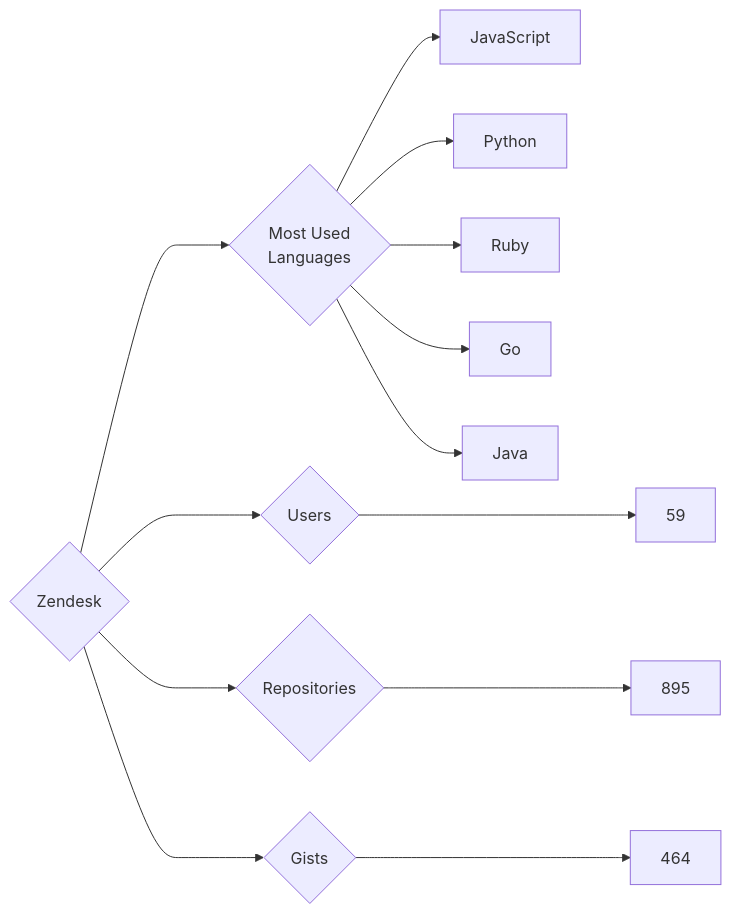
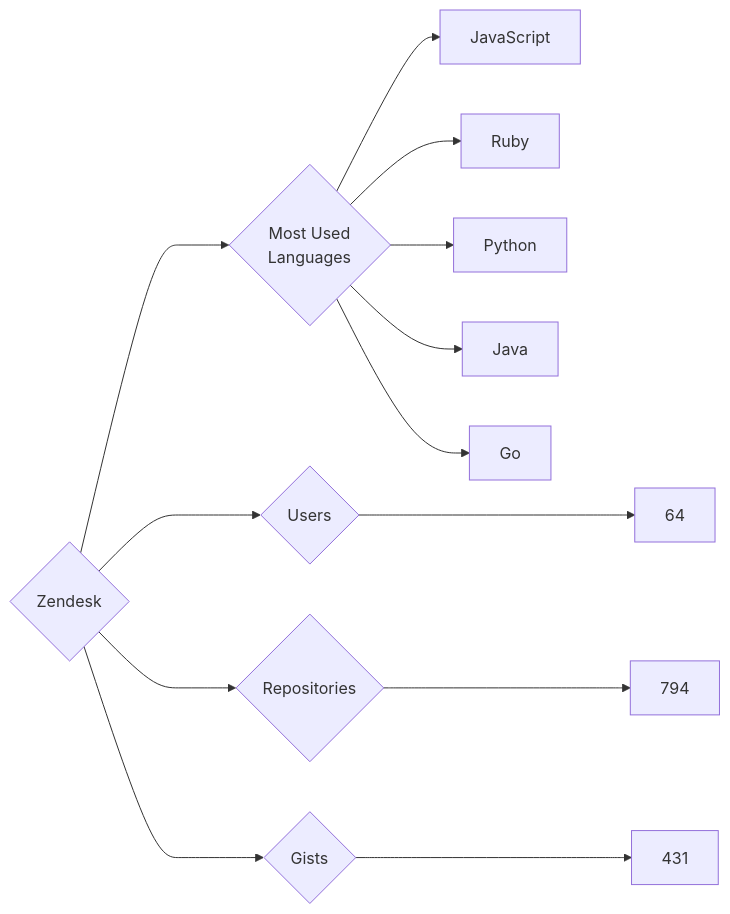
The diagram in targets/Zendesk/README.md (trickest/insiders), drawn with Mermaid before and after one commit. The commit also changed 1479 other files, not shown here.

````diff
--- a/targets/Zendesk/README.md
+++ b/targets/Zendesk/README.md
@@ -3,13 +3,13 @@
 ```mermaid
 graph LR
 COMPANY_NAME{Zendesk}
-COMPANY_NAME ---> U{Users} ---> UN[59]
-COMPANY_NAME ---> R{Repositories} ---> RN[895]
-COMPANY_NAME ---> G{Gists} ---> GN[464]
+COMPANY_NAME ---> U{Users} ---> UN[64]
+COMPANY_NAME ---> R{Repositories} ---> RN[794]
+COMPANY_NAME ---> G{Gists} ---> GN[431]
 COMPANY_NAME ---> ML{Most Used<br>Languages}
 ML --> JavaScript[JavaScript]
+ML --> Ruby[Ruby]
 ML --> Python[Python]
-ML --> Ruby[Ruby]
+ML --> Java[Java]
 ML --> Go[Go]
-ML --> Java[Java]
 ```
````
